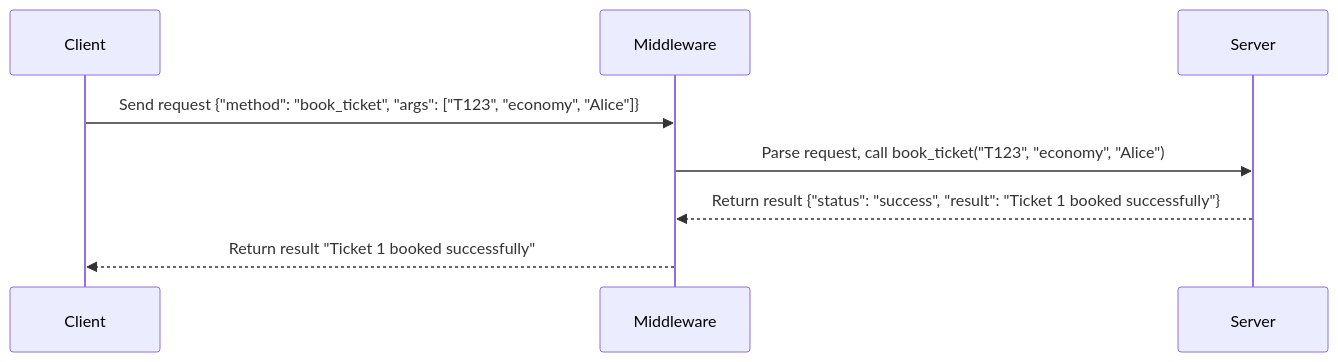
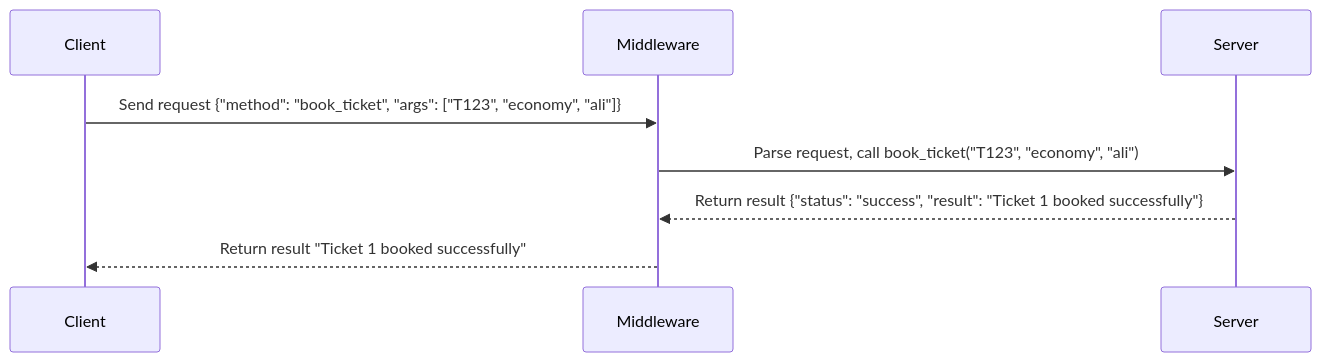
The diagram in 2-DedicatedMiddleWare/SupportTrainTickets/README.md (aliraee/RMI-distributed-systems), drawn with Mermaid before and after one commit. The commit also changed other lines of this file, not shown here.

Commit message:
implement rmi middleware with support train ticket booking

````diff
--- a/2-DedicatedMiddleWare/SupportTrainTickets/README.md
+++ b/2-DedicatedMiddleWare/SupportTrainTickets/README.md
@@ -91,10 +91,10 @@
 ```mermaid
 sequenceDiagram
     participant Client
     participant Middleware
     participant Server
-    Client->>Middleware: Send request {"method": "book_ticket", "args": ["T123", "economy", "Alice"]}
-    Middleware->>Server: Parse request, call book_ticket("T123", "economy", "Alice")
+    Client->>Middleware: Send request {"method": "book_ticket", "args": ["T123", "economy", "ali"]}
+    Middleware->>Server: Parse request, call book_ticket("T123", "economy", "ali")
     Server-->>Middleware: Return result {"status": "success", "result": "Ticket 1 booked successfully"}
     Middleware-->>Client: Return result "Ticket 1 booked successfully"
 ```
````
